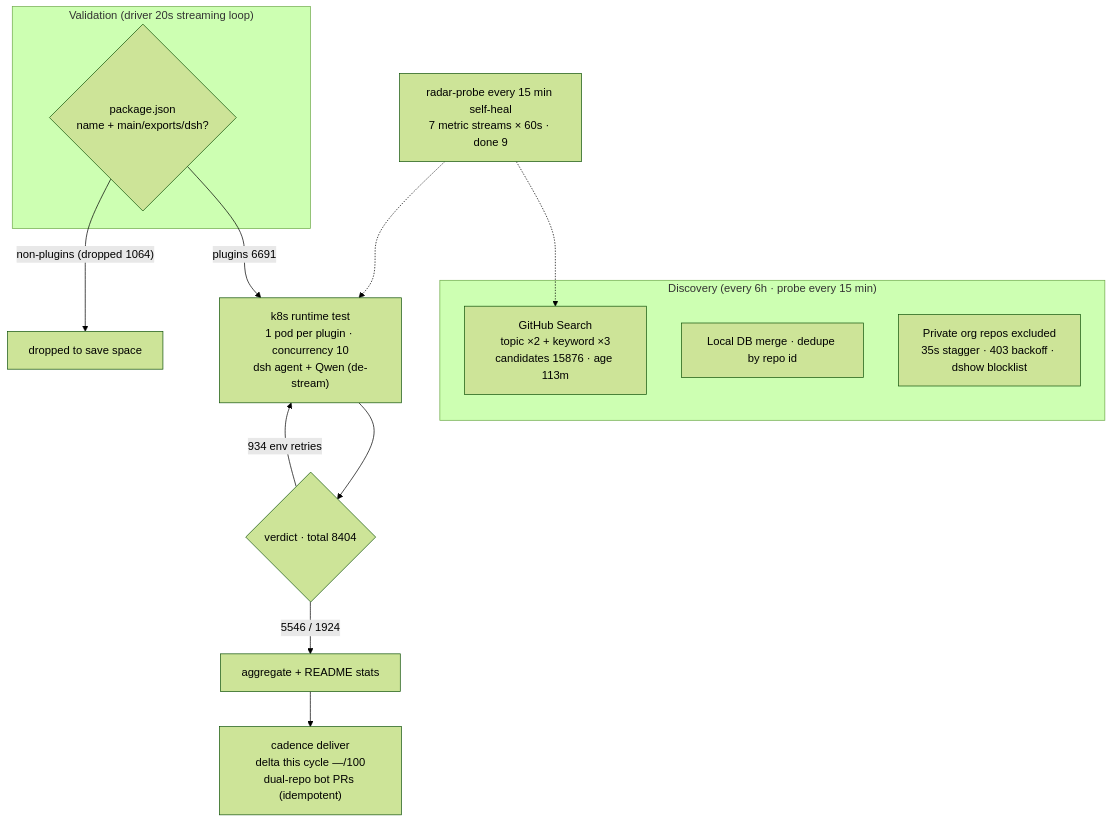
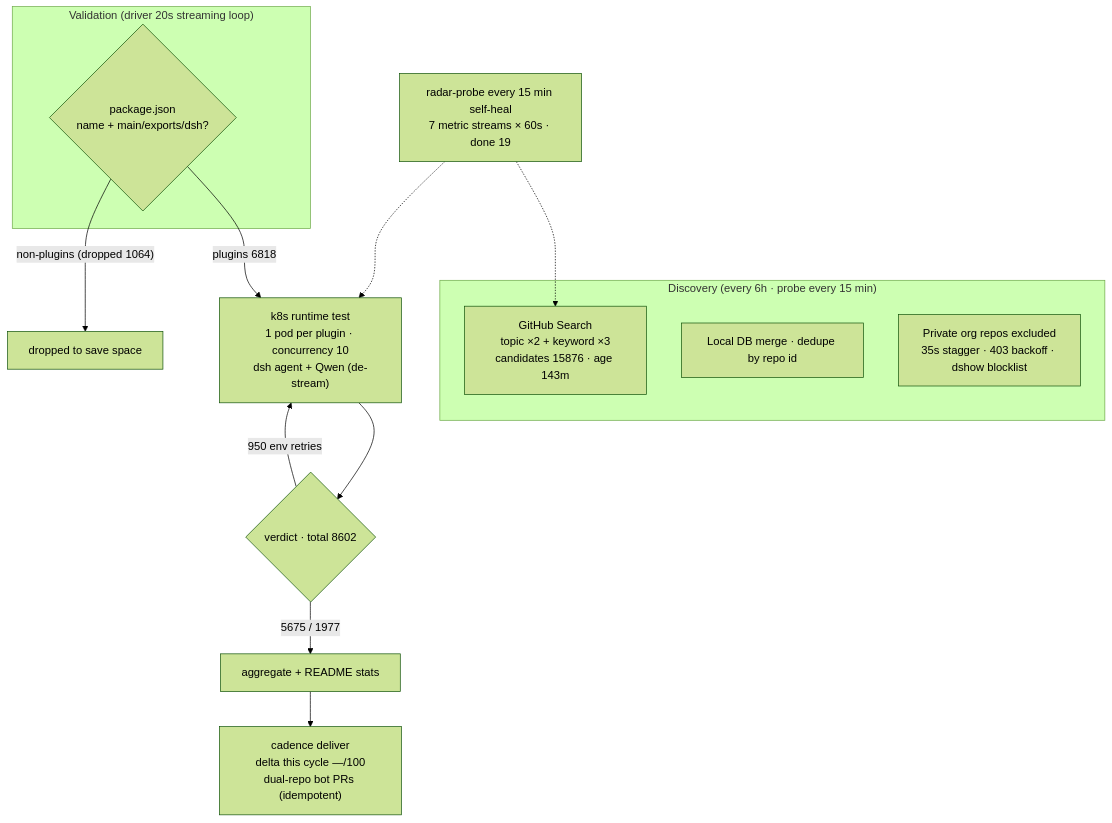
The diagram in README.en-US.md (AdamPlatin123/awesome-dsh-plugins), drawn with Mermaid (forest theme) before and after one commit. The commit also changed other lines of this file and 4 other files, not shown here.

````diff
--- a/README.en-US.md
+++ b/README.en-US.md
@@ -30,20 +30,20 @@
 ```mermaid
 flowchart TB
     subgraph Discovery["Discovery (every 6h · probe every 15 min)"]
-        A1["GitHub Search<br/>topic ×2 + keyword ×3<br/>candidates 15876 · age 113m"]
+        A1["GitHub Search<br/>topic ×2 + keyword ×3<br/>candidates 15876 · age 143m"]
         A2["Local DB merge · dedupe by repo id"]
         A3["Private org repos excluded<br/>35s stagger · 403 backoff · dshow blocklist"]
     end
     subgraph Validation["Validation (driver 20s streaming loop)"]
         B1{"package.json<br/>name + main/exports/dsh?"}
     end
-    B1 -->|"plugins 6691"| C1["k8s runtime test<br/>1 pod per plugin · concurrency 10<br/>dsh agent + Qwen (de-stream)"]
+    B1 -->|"plugins 6818"| C1["k8s runtime test<br/>1 pod per plugin · concurrency 10<br/>dsh agent + Qwen (de-stream)"]
     B1 -->|"non-plugins (dropped 1064)"| B3["dropped to save space"]
-    C1 --> D1{"verdict · total 8404"}
-    D1 -->|"5546 / 1924"| E1["aggregate + README stats"]
-    D1 -->|"934 env retries"| C1
+    C1 --> D1{"verdict · total 8602"}
+    D1 -->|"5675 / 1977"| E1["aggregate + README stats"]
+    D1 -->|"950 env retries"| C1
     E1 --> E2["cadence deliver<br/>delta this cycle —/100<br/>dual-repo bot PRs (idempotent)"]
-    M["radar-probe every 15 min self-heal<br/>7 metric streams × 60s · done 9"]
+    M["radar-probe every 15 min self-heal<br/>7 metric streams × 60s · done 19"]
     M -.-> A1
     M -.-> C1
 ```
````
